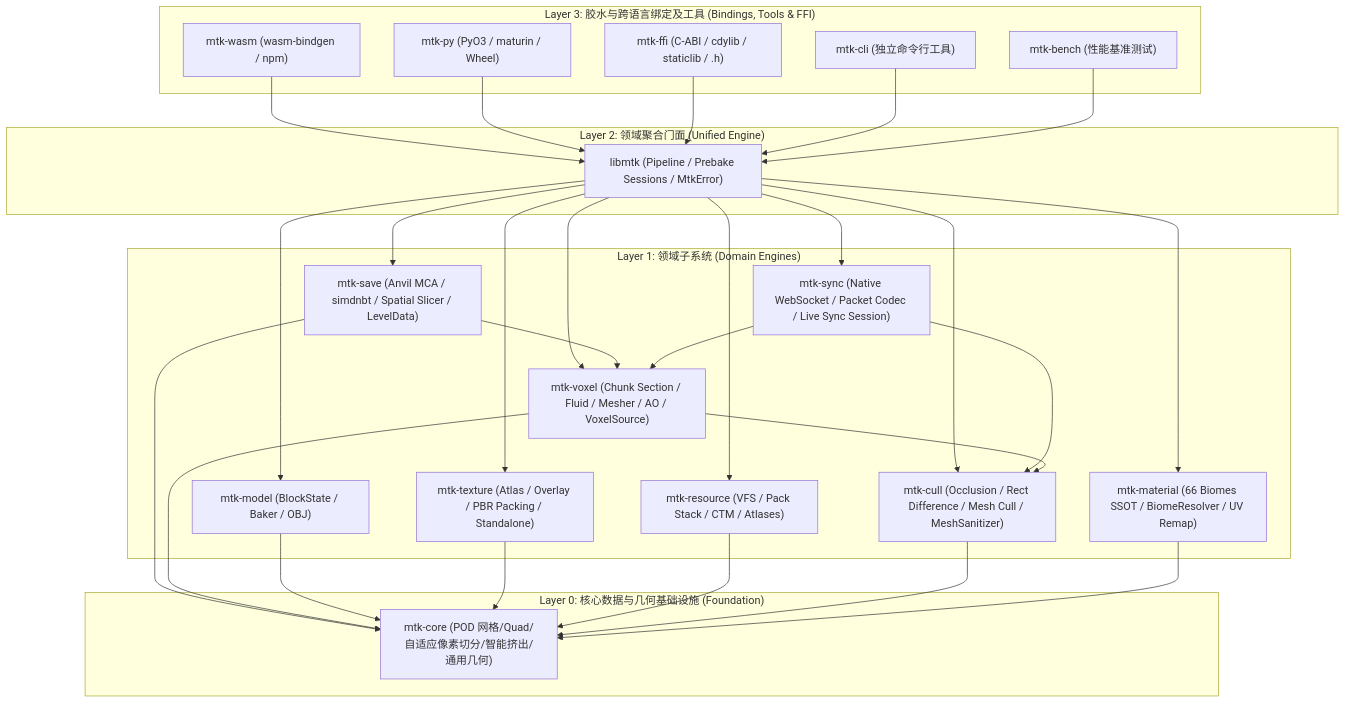
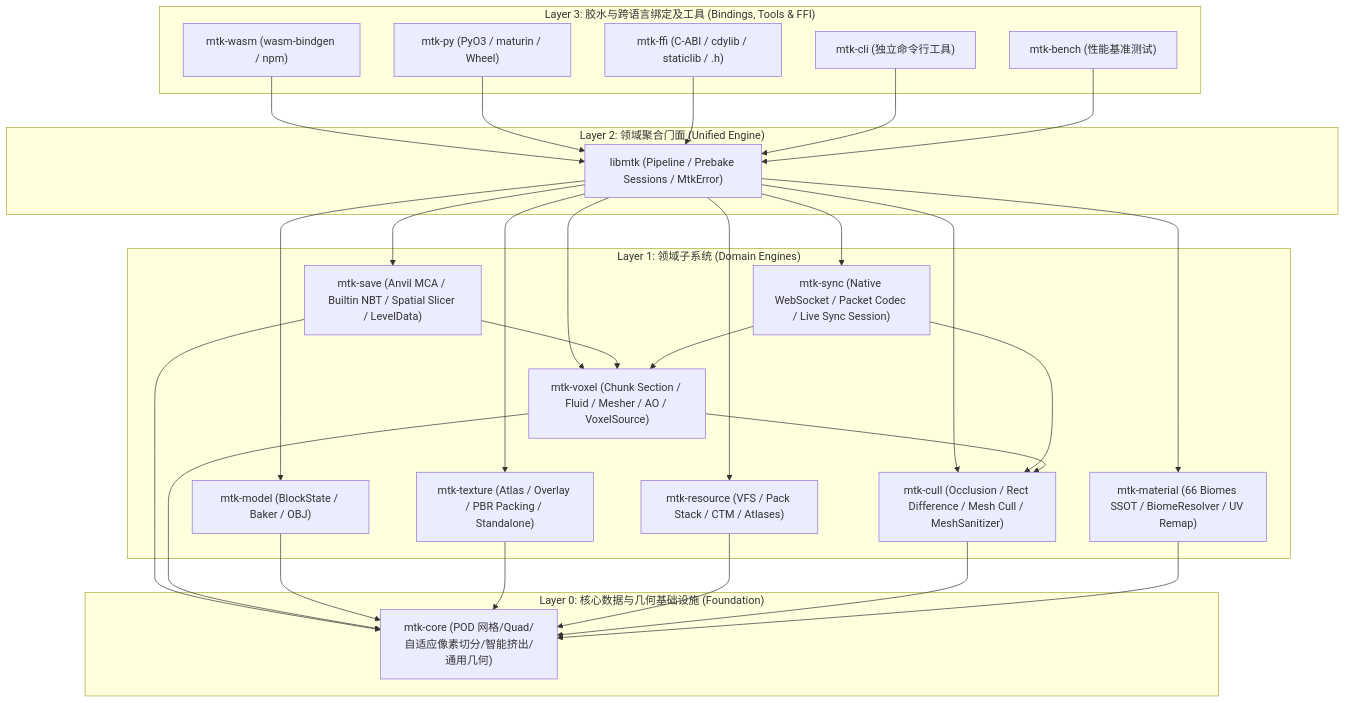
One commit to mozi1924/libmozitoolkit changed the diagram in docs/ARCHITECTURE.md. Above: the diagram before and after it, drawn with Mermaid. The commit also changed other lines of this file and 14 other files, not shown here.

First line of the commit message:
refactor(mtk-save): replace simdnbt with built-in zero-copy NBT decoder

````diff
--- a/docs/ARCHITECTURE.md
+++ b/docs/ARCHITECTURE.md
@@ -18,57 +18,57 @@
 ```mermaid
 graph TD
     subgraph Layer3_Bindings["Layer 3: 胶水与跨语言绑定及工具 (Bindings, Tools & FFI)"]
         WASM["mtk-wasm (wasm-bindgen / npm)"]
         PY["mtk-py (PyO3 / maturin / Wheel)"]
         FFI["mtk-ffi (C-ABI / cdylib / staticlib / .h)"]
         CLI["mtk-cli (独立命令行工具)"]
         BENCH["mtk-bench (性能基准测试)"]
     end
 
     subgraph Layer2_Facade["Layer 2: 领域聚合门面 (Unified Engine)"]
         LIBMTK["libmtk (Pipeline / Prebake Sessions / MtkError)"]
     end
 
     subgraph Layer1_Domain["Layer 1: 领域子系统 (Domain Engines)"]
         VOXEL["mtk-voxel (Chunk Section / Fluid / Mesher / AO / VoxelSource)"]
         SYNC["mtk-sync (Native WebSocket / Packet Codec / Live Sync Session)"]
         MODEL["mtk-model (BlockState / Baker / OBJ)"]
         TEXTURE["mtk-texture (Atlas / Overlay / PBR Packing / Standalone)"]
         RESOURCE["mtk-resource (VFS / Pack Stack / CTM / Atlases)"]
         CULL["mtk-cull (Occlusion / Rect Difference / Mesh Cull / MeshSanitizer)"]
         MAT["mtk-material (66 Biomes SSOT / BiomeResolver / UV Remap)"]
-        SAVE["mtk-save (Anvil MCA / simdnbt / Spatial Slicer / LevelData)"]
+        SAVE["mtk-save (Anvil MCA / Builtin NBT / Spatial Slicer / LevelData)"]
     end
 
     subgraph Layer0_Core["Layer 0: 核心数据与几何基础设施 (Foundation)"]
         CORE["mtk-core (POD 网格/Quad/自适应像素切分/智能挤出/通用几何)"]
     end
 
     WASM --> LIBMTK
     PY --> LIBMTK
     FFI --> LIBMTK
     CLI --> LIBMTK
     BENCH --> LIBMTK
 
     LIBMTK --> VOXEL
     LIBMTK --> SYNC
     LIBMTK --> MODEL
     LIBMTK --> TEXTURE
     LIBMTK --> RESOURCE
     LIBMTK --> CULL
     LIBMTK --> MAT
     LIBMTK --> SAVE
 
     SAVE --> VOXEL
     SAVE --> CORE
 
     SYNC --> VOXEL
     SYNC --> CULL
     VOXEL --> CORE
     VOXEL --> CULL
     MODEL --> CORE
     TEXTURE --> CORE
     RESOURCE --> CORE
     CULL --> CORE
     MAT --> CORE
 ```
````
